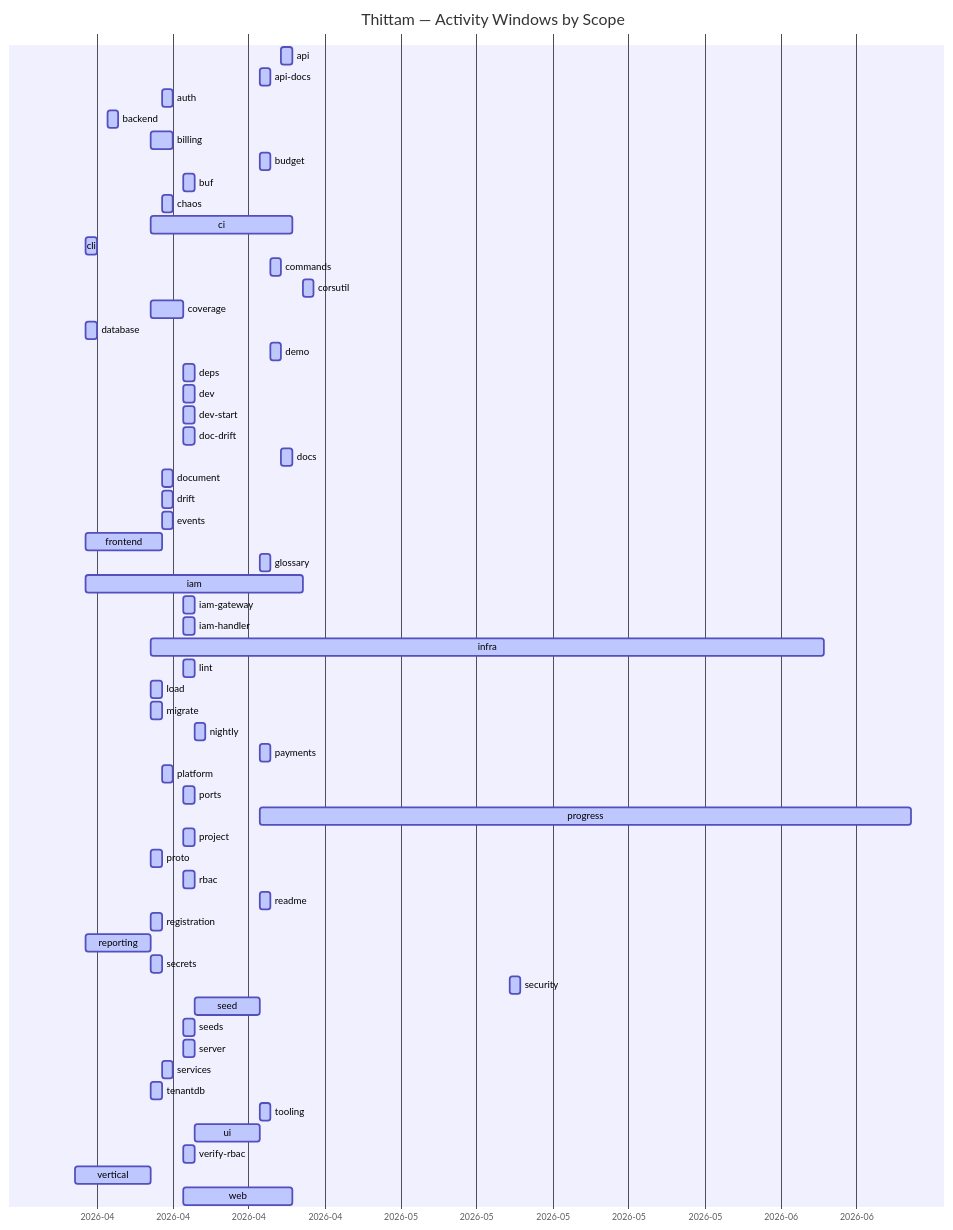
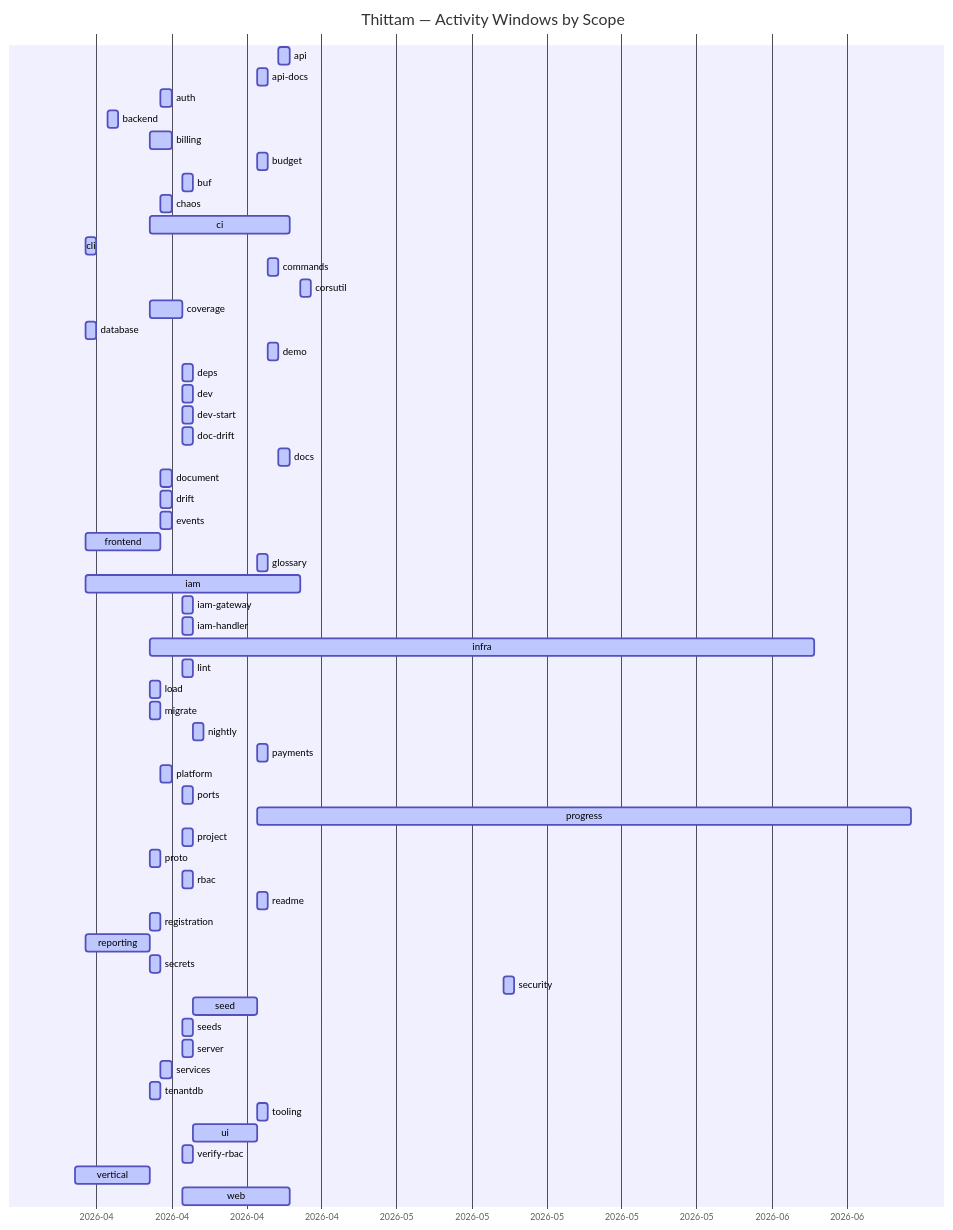
One commit to wegofwd2020-hub/thittam changed the diagram in docs/PROGRESS.md. Above: the diagram before and after it, drawn with Mermaid. The commit also changed other lines of this file and 1 other file, not shown here.

Commit message:
chore(progress): nightly update of docs/PROGRESS.md + CSVs

````diff
--- a/docs/PROGRESS.md
+++ b/docs/PROGRESS.md
@@ -9,61 +9,61 @@
 ```mermaid
 gantt
     title Thittam — Activity Windows by Scope
     dateFormat YYYY-MM-DD
     axisFormat %Y-%m
     api                :active, s_api, 2026-04-22, 2026-04-23
     api-docs           :active, s_api_docs, 2026-04-20, 2026-04-21
     auth               :active, s_auth, 2026-04-11, 2026-04-12
     backend            :active, s_backend, 2026-04-06, 2026-04-07
     billing            :active, s_billing, 2026-04-10, 2026-04-12
     budget             :active, s_budget, 2026-04-20, 2026-04-21
     buf                :active, s_buf, 2026-04-13, 2026-04-14
     chaos              :active, s_chaos, 2026-04-11, 2026-04-12
     ci                 :active, s_ci, 2026-04-10, 2026-04-23
     cli                :active, s_cli, 2026-04-04, 2026-04-05
     commands           :active, s_commands, 2026-04-21, 2026-04-22
     corsutil           :active, s_corsutil, 2026-04-24, 2026-04-25
     coverage           :active, s_coverage, 2026-04-10, 2026-04-13
     database           :active, s_database, 2026-04-04, 2026-04-05
     demo               :active, s_demo, 2026-04-21, 2026-04-22
     deps               :active, s_deps, 2026-04-13, 2026-04-14
     dev                :active, s_dev, 2026-04-13, 2026-04-14
     dev-start          :active, s_dev_start, 2026-04-13, 2026-04-14
     doc-drift          :active, s_doc_drift, 2026-04-13, 2026-04-14
     docs               :active, s_docs, 2026-04-22, 2026-04-23
     document           :active, s_document, 2026-04-11, 2026-04-12
     drift              :active, s_drift, 2026-04-11, 2026-04-12
     events             :active, s_events, 2026-04-11, 2026-04-12
     frontend           :active, s_frontend, 2026-04-04, 2026-04-11
     glossary           :active, s_glossary, 2026-04-20, 2026-04-21
     iam                :active, s_iam, 2026-04-04, 2026-04-24
     iam-gateway        :active, s_iam_gateway, 2026-04-13, 2026-04-14
     iam-handler        :active, s_iam_handler, 2026-04-13, 2026-04-14
     infra              :active, s_infra, 2026-04-10, 2026-06-11
     lint               :active, s_lint, 2026-04-13, 2026-04-14
     load               :active, s_load, 2026-04-10, 2026-04-11
     migrate            :active, s_migrate, 2026-04-10, 2026-04-11
     nightly            :active, s_nightly, 2026-04-14, 2026-04-15
     payments           :active, s_payments, 2026-04-20, 2026-04-21
     platform           :active, s_platform, 2026-04-11, 2026-04-12
     ports              :active, s_ports, 2026-04-13, 2026-04-14
-    progress           :active, s_progress, 2026-04-20, 2026-06-19
+    progress           :active, s_progress, 2026-04-20, 2026-06-20
     project            :active, s_project, 2026-04-13, 2026-04-14
     proto              :active, s_proto, 2026-04-10, 2026-04-11
     rbac               :active, s_rbac, 2026-04-13, 2026-04-14
     readme             :active, s_readme, 2026-04-20, 2026-04-21
     registration       :active, s_registration, 2026-04-10, 2026-04-11
     reporting          :active, s_reporting, 2026-04-04, 2026-04-10
     secrets            :active, s_secrets, 2026-04-10, 2026-04-11
     security           :active, s_security, 2026-05-13, 2026-05-14
     seed               :active, s_seed, 2026-04-14, 2026-04-20
     seeds              :active, s_seeds, 2026-04-13, 2026-04-14
     server             :active, s_server, 2026-04-13, 2026-04-14
     services           :active, s_services, 2026-04-11, 2026-04-12
     tenantdb           :active, s_tenantdb, 2026-04-10, 2026-04-11
     tooling            :active, s_tooling, 2026-04-20, 2026-04-21
     ui                 :active, s_ui, 2026-04-14, 2026-04-20
     verify-rbac        :active, s_verify_rbac, 2026-04-13, 2026-04-14
     vertical           :active, s_vertical, 2026-04-03, 2026-04-10
     web                :active, s_web, 2026-04-13, 2026-04-23
 ```
````
